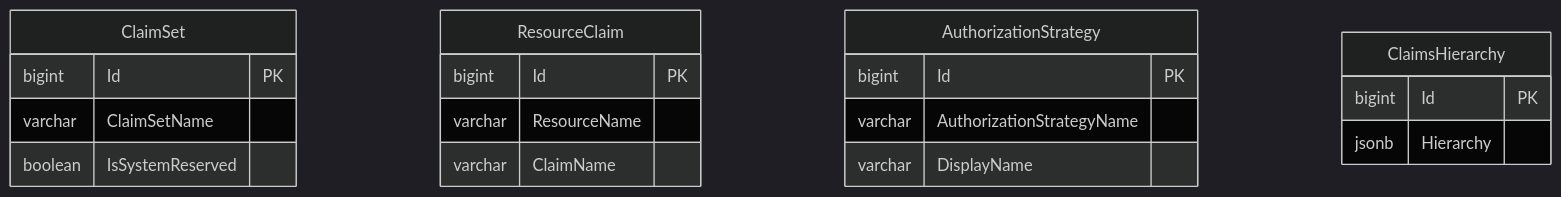
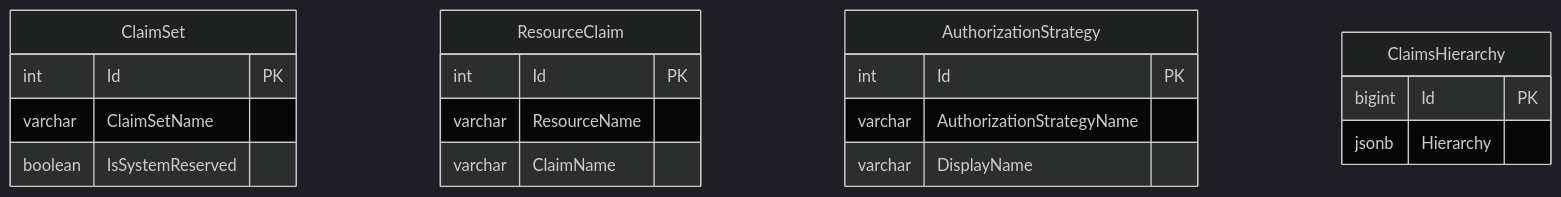
The second of 2 diagrams in odsApi_versioned_docs/version-8/platform-dev-guide/security/security-configuration-data-stores.md (Ed-Fi-Alliance-OSS/ed-fi-alliance-oss.github.io), drawn with Mermaid (dark theme) before and after one commit. The commit also changed other lines of this file and 74 other files, not shown here.

````diff
--- a/odsApi_versioned_docs/version-8/platform-dev-guide/security/security-configuration-data-stores.md
+++ b/odsApi_versioned_docs/version-8/platform-dev-guide/security/security-configuration-data-stores.md
@@ -88,22 +107,22 @@
 ```mermaid
 erDiagram
     ClaimSet {
-        bigint Id PK
+        int Id PK
         varchar ClaimSetName
         boolean IsSystemReserved
     }
     ResourceClaim {
-        bigint Id PK
+        int Id PK
         varchar ResourceName
         varchar ClaimName
     }
     AuthorizationStrategy {
-        bigint Id PK
+        int Id PK
         varchar AuthorizationStrategyName
         varchar DisplayName
     }
     ClaimsHierarchy {
         bigint Id PK
         jsonb Hierarchy
     }
 ```
````
